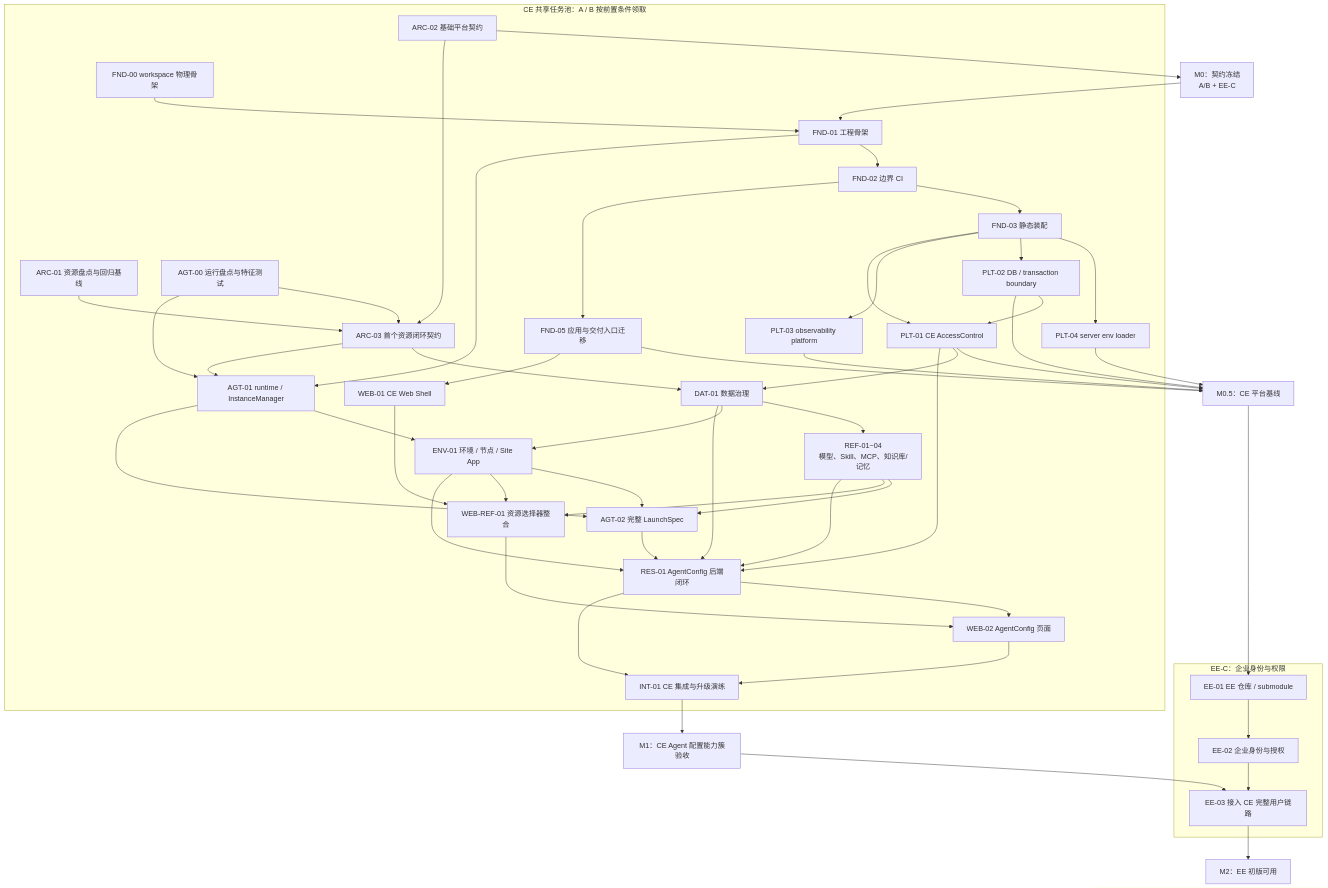
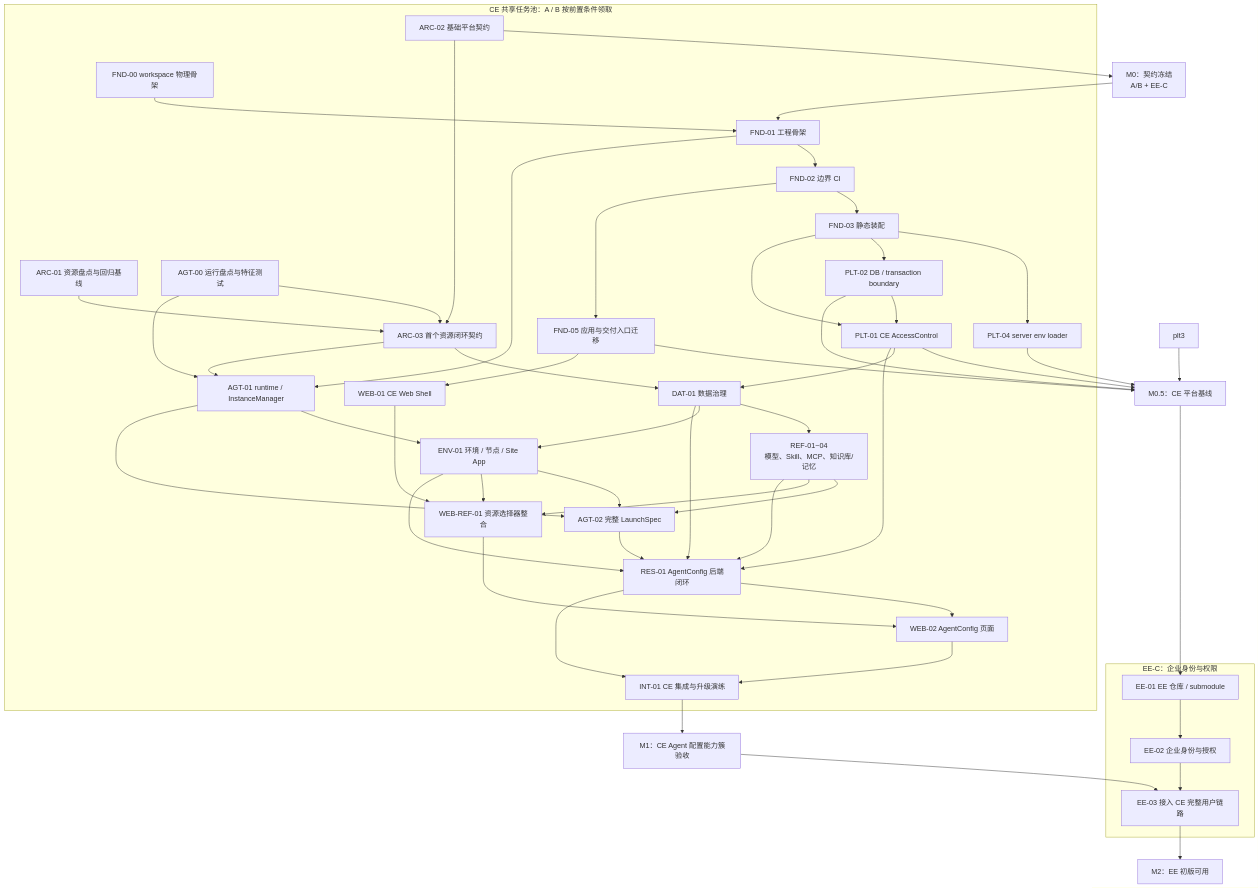
The diagram in docs/design/ce-ee-refactoring-collaboration-plan.md (HuangPuStar/FenixAgent), drawn with Mermaid before and after one commit. The commit also changed other lines of this file and 17 other files, not shown here.

```diff
--- a/docs/design/ce-ee-refactoring-collaboration-plan.md
+++ b/docs/design/ce-ee-refactoring-collaboration-plan.md
@@ -87,7 +87,6 @@
     agt00["AGT-00 运行盘点与特征测试"]
     plt["PLT-01 CE AccessControl"]
     plt2["PLT-02 DB / transaction boundary"]
-    plt3["PLT-03 observability platform"]
     dat["DAT-01 数据治理"]
     agt1["AGT-01 runtime / InstanceManager"]
     refs["REF-01~04\n模型、Skill、MCP、知识库/记忆"]
@@ -117,7 +116,6 @@
   fnd2 --> fnd5
   fnd3 --> plt4
   fnd3 --> plt2
-  fnd3 --> plt3
   plt2 --> plt
   fnd3 --> plt
   fnd5 --> m05
```
